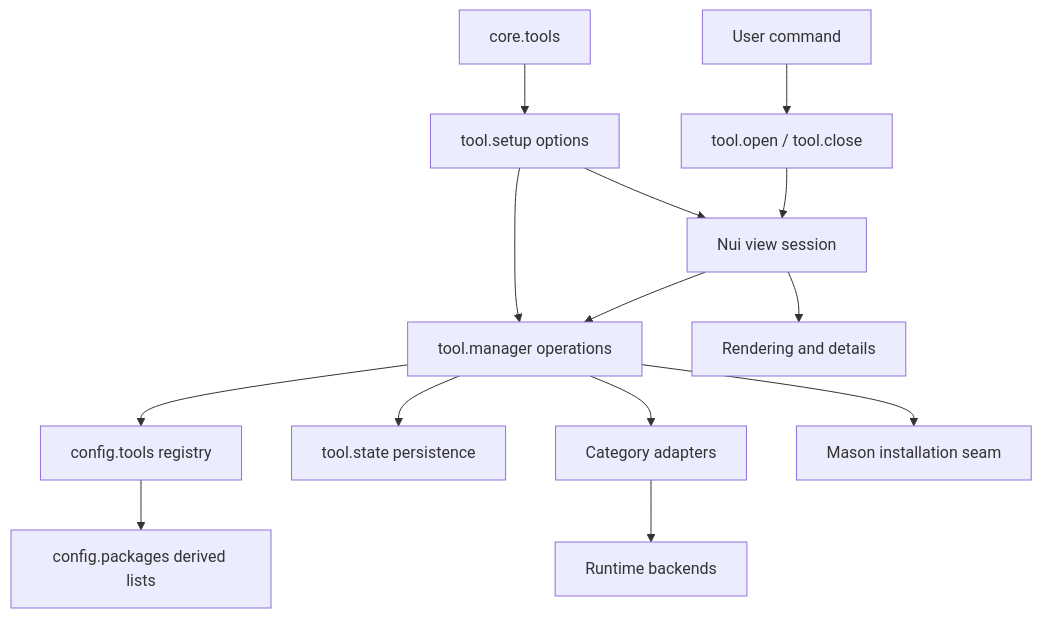
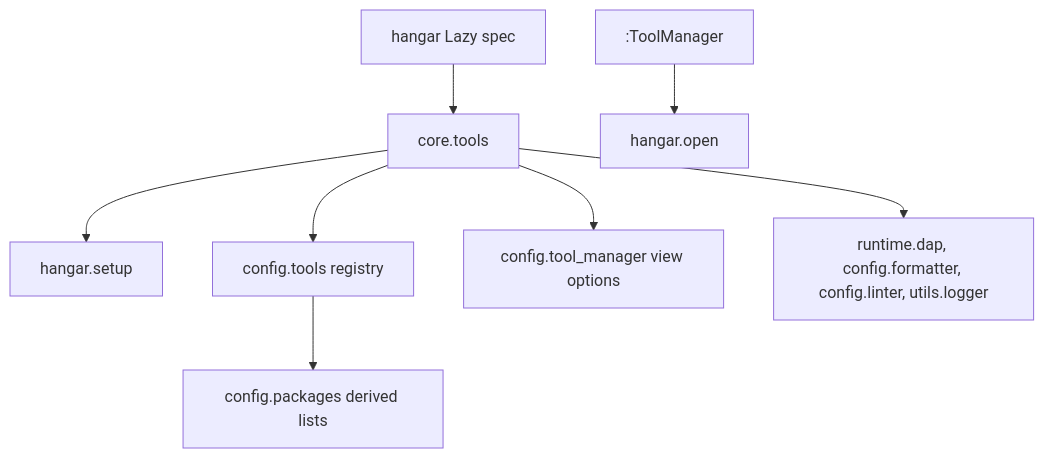
The diagram in doc/architecture.md (Orbit-Lua/orbitvim), drawn with Mermaid before and after one commit. The commit also changed other lines of this file and 54 other files, not shown here.

First line of the commit message:
refactor(tool)!: load Tool Manager from hangar.nvim

````diff
--- a/doc/architecture.md
+++ b/doc/architecture.md
@@ -21,16 +23,10 @@
 ```mermaid
 flowchart TD
-    Compose[core.tools] --> Setup[tool.setup options]
-    Setup --> Manager
-    Setup --> View
-    Command[User command] --> Public[tool.open / tool.close]
-    Public --> View[Nui view session]
-    View --> Render[Rendering and details]
-    View --> Manager[tool.manager operations]
-    Manager --> Registry[config.tools registry]
-    Manager --> State[tool.state persistence]
-    Manager --> Category[Category adapters]
-    Manager --> Mason[Mason installation seam]
-    Category --> Runtime[Runtime backends]
+    Spec[hangar Lazy spec] --> Compose[core.tools]
+    Compose --> Setup[hangar.setup]
+    Command[:ToolManager] --> Open[hangar.open]
+    Compose --> Registry[config.tools registry]
+    Compose --> View[config.tool_manager view options]
+    Compose --> Owners[runtime.dap, config.formatter, config.linter, utils.logger]
     Registry --> Derived[config.packages derived lists]
 ```
````
